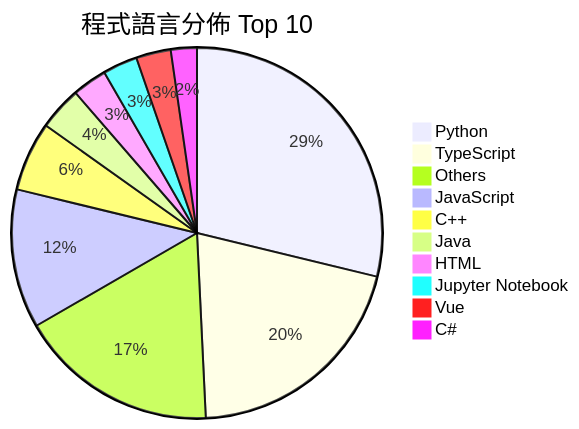
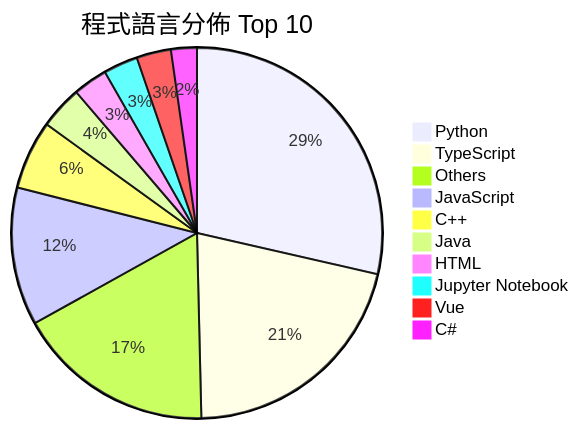
The second of 2 diagrams in README.md (Andy87877/GitHub-Star-Manager), drawn with Mermaid before and after one commit. The commit also changed other lines of this file and 13 other files, not shown here.

Commit message:
feat: implement core architecture and MVC foundation for GitHub Star Manager application

````diff
--- a/README.md
+++ b/README.md
@@ -27,13 +27,13 @@
 ```mermaid
 pie title 程式語言分佈 Top 10
     "Python" : 38
-    "TypeScript" : 27
+    "TypeScript" : 28
     "Others" : 23
     "JavaScript" : 16
     "C++" : 8
     "Java" : 5
     "HTML" : 4
     "Jupyter Notebook" : 4
     "Vue" : 4
     "C#" : 3
 ```
````
